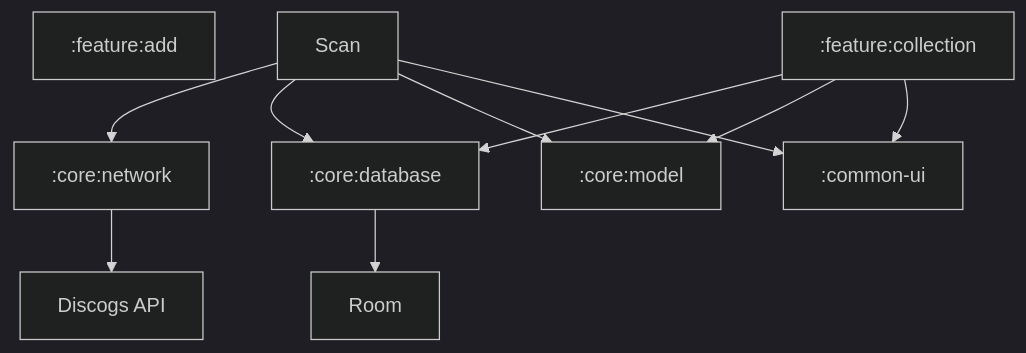
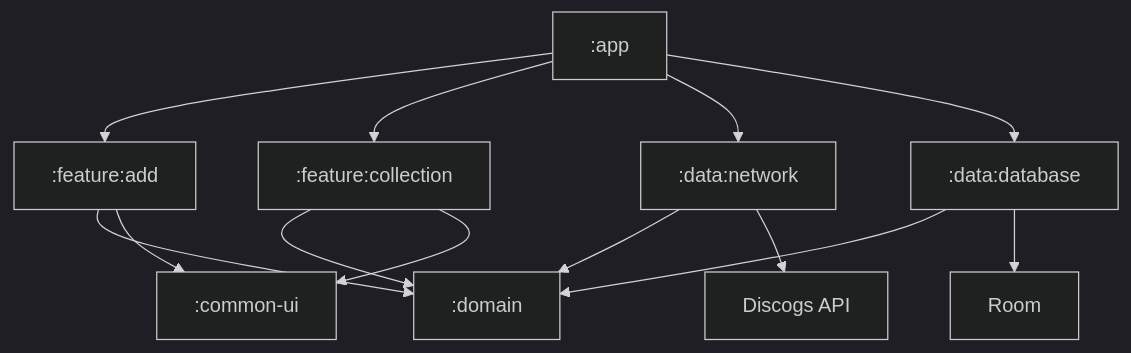
One commit to constant-i/CdVinylCatalog changed the diagram in README.md. Above: the diagram before and after it, drawn with Mermaid (dark theme). The commit also changed other lines of this file, not shown here.

First line of the commit message:
Docs: bring README in line with the current architecture

````diff
--- a/README.md
+++ b/README.md
@@ -50,25 +71,33 @@
 ```mermaid
 graph TD
-    Add[:feature:add]
-    Coll[:feature:collection]
-    
-    Network[:core:network]
-    Database[:core:database]
-    Model[:core:model]
-    Ui[:common-ui]
-    
-    Api[Discogs API]
-    Room[Room]
-    
-    Scan --> Network
-    Scan --> Database
-    Scan --> Model
-    Scan --> Ui
-    
-    Coll --> Database
-    Coll --> Model
+    App[":app"]
+
+    Add[":feature:add"]
+    Coll[":feature:collection"]
+
+    Ui[":common-ui"]
+    Domain[":domain"]
+
+    Net[":data:network"]
+    Db[":data:database"]
+
+    Api["Discogs API"]
+    Room["Room"]
+
+    App --> Add
+    App --> Coll
+
+    Add --> Domain
+    Add --> Ui
+    Coll --> Domain
     Coll --> Ui
-    
-    Network --> Api
-    Database --> Room
+
+    Net --> Domain
+    Db --> Domain
+
+    App --> Net
+    App --> Db
+
+    Net --> Api
+    Db --> Room
 ```
````
